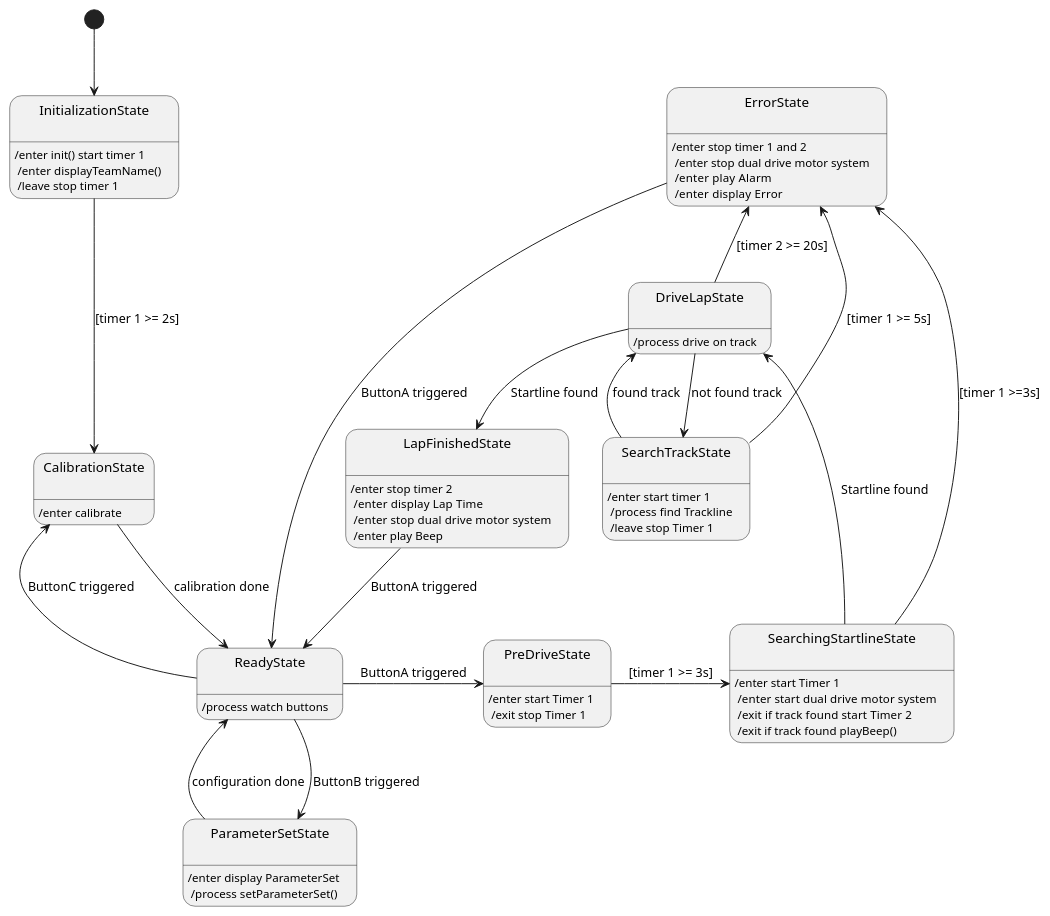
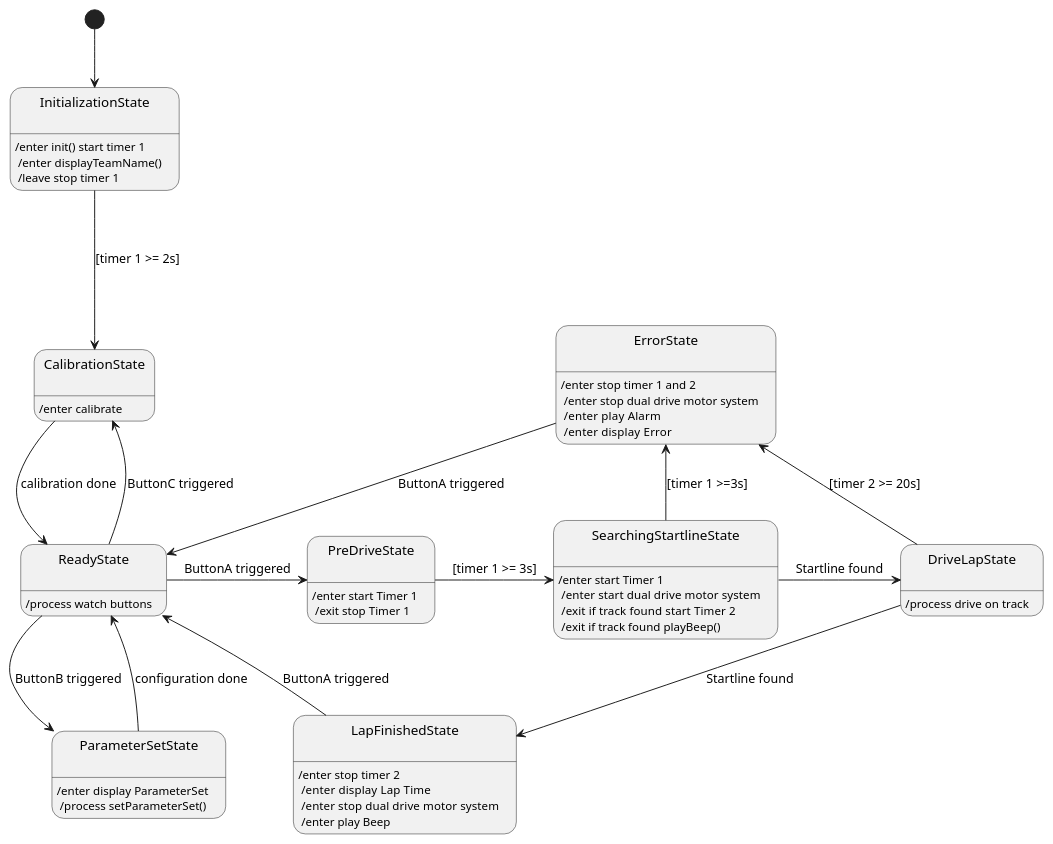
One commit to Jordan5652/Line-Follower-Software-for-Pololu-Zumo32U4 changed the diagram in Task 3/system/UML/State Diagram/Statediagram.puml. Above: the diagram before and after it, drawn with PlantUML. The commit also changed 1 other file, not shown here.

Commit message:
Updates to diagram

```diff
--- a/Task 3/system/UML/State Diagram/Statediagram.puml
+++ b/Task 3/system/UML/State Diagram/Statediagram.puml
@@ -1,33 +1,29 @@
 @startuml stateDiagram
 [*] --> State1
 
 state State1 as "InitializationState\n": /enter init() start timer 1 \n /enter displayTeamName() \n /leave stop timer 1
 state State2 as "ReadyState\n": /process watch buttons
 state State3 as "CalibrationState\n": /enter calibrate
 state State4 as "ParameterSetState\n": /enter display ParameterSet \n /process setParameterSet()
 state State5 as "SearchingStartlineState\n": /enter start Timer 1 \n /enter  start dual drive motor system \n /exit if track found  start Timer 2\n /exit if track found playBeep()
 state State6 as "DriveLapState\n": /process drive on track
 state State7 as "LapFinishedState\n": /enter stop timer 2 \n /enter  display Lap Time \n /enter  stop dual drive motor system \n /enter play Beep
-state State8 as "SearchTrackState\n": /enter start timer 1 \n /process find Trackline \n /leave stop Timer 1
 state State9 as "ErrorState\n": /enter stop timer 1 and 2 \n /enter stop dual drive motor system \n /enter  play Alarm \n /enter  display Error
 state State10 as "PreDriveState\n": /enter start Timer 1 \n /exit stop Timer 1
 
 
 State1 -down--> State3 : [timer 1 >= 2s]
 State2 -up-> State3 : ButtonC triggered 
 State2 -down-> State4 : ButtonB triggered
 State2 -right-> State10 : ButtonA triggered
 State10 -right-> State5 : [timer 1 >= 3s]
 State2 <-down- State3 : calibration done
 State2 <-left- State4 : configuration done
 
 State5 -right-> State6 : Startline found
-State6 -down-> State8 : not found track
-State8 -up-> State6 : found track
 State6 -down-> State7 : Startline found
 State6 -up-> State9 : [timer 2 >= 20s]
 State7 -down-> State2 : ButtonA triggered 
-State8 -up-> State9 : [timer 1 >= 5s]
 State5 --> State9 : [timer 1 >=3s]
 State9 -down-> State2 : ButtonA triggered 
 @enduml
```
